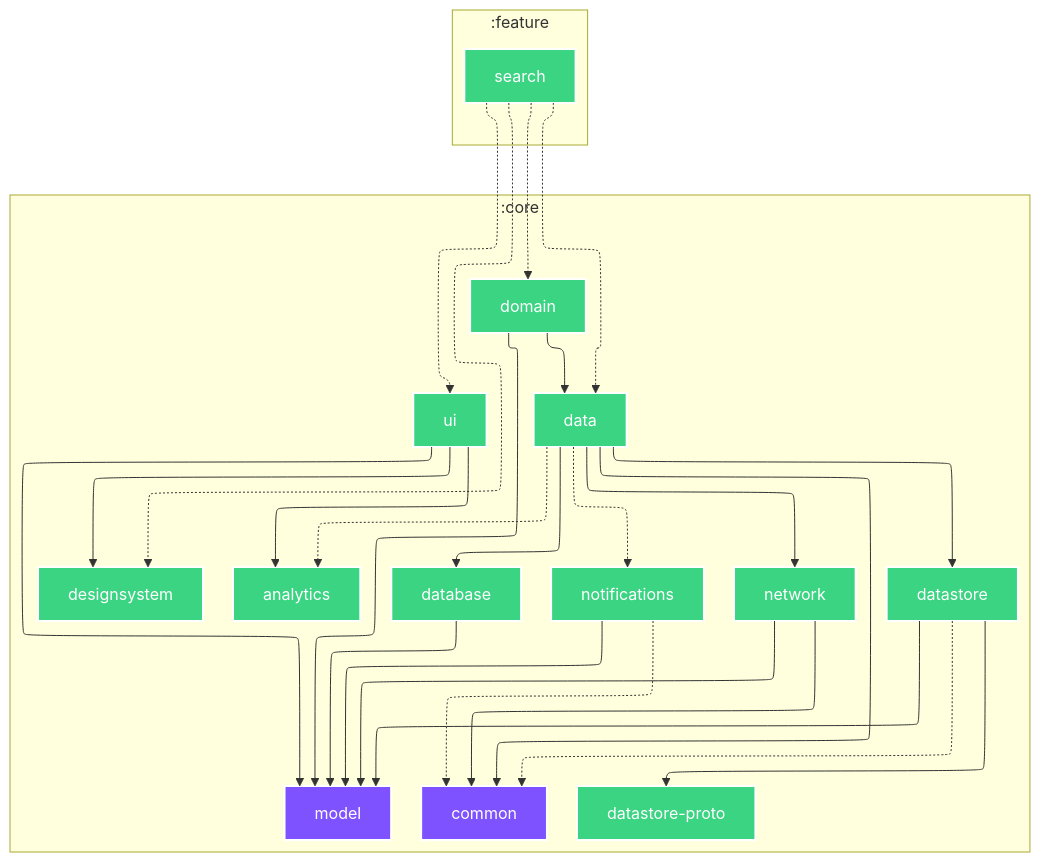
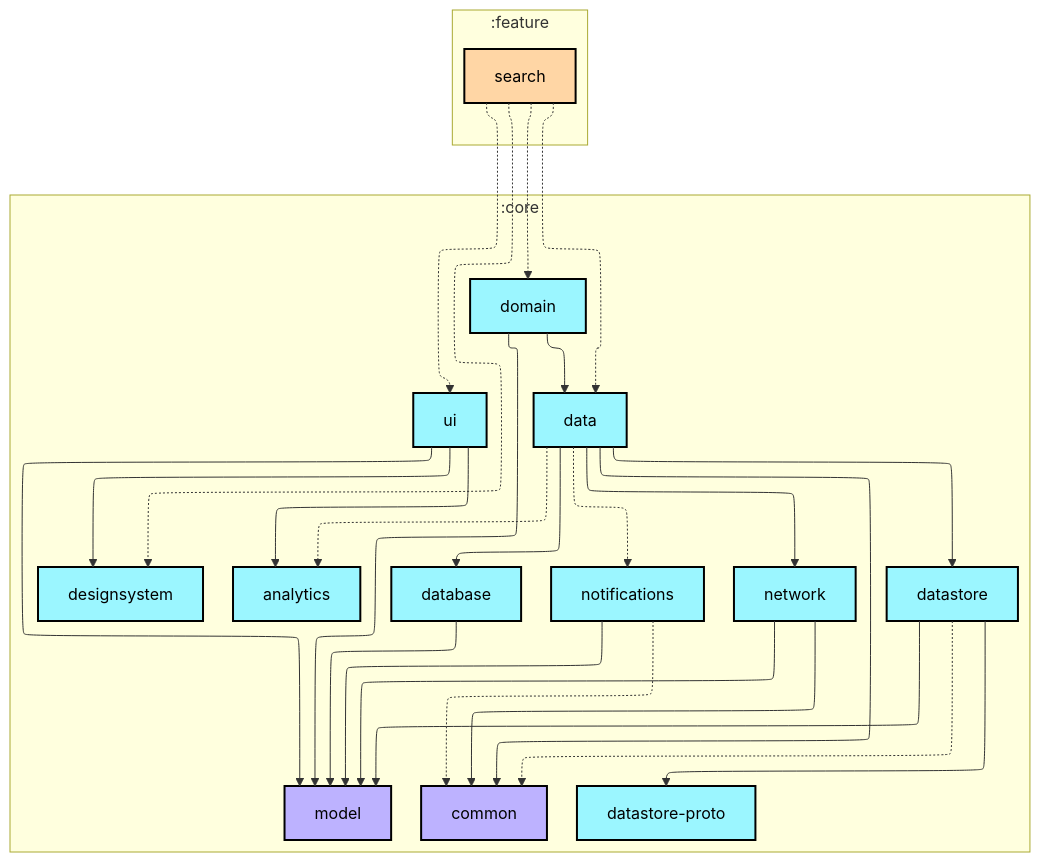
One commit to android/nowinandroid changed the diagram in feature/search/README.md. Above: the diagram before and after it, drawn with Mermaid. The commit also changed other lines of this file and 28 other files, not shown here.

````diff
--- a/feature/search/README.md
+++ b/feature/search/README.md
@@ -4,58 +6,59 @@
 ```mermaid
 ---
 config:
   layout: elk
   elk:
     nodePlacementStrategy: SIMPLE
 ---
 graph TB
   subgraph :core
     direction TB
     :core:analytics[analytics]:::android-library
-    :core:common[common]:::jvm
+    :core:common[common]:::jvm-library
     :core:data[data]:::android-library
     :core:database[database]:::android-library
     :core:datastore[datastore]:::android-library
     :core:datastore-proto[datastore-proto]:::android-library
     :core:designsystem[designsystem]:::android-library
     :core:domain[domain]:::android-library
-    :core:model[model]:::jvm
+    :core:model[model]:::jvm-library
     :core:network[network]:::android-library
     :core:notifications[notifications]:::android-library
     :core:ui[ui]:::android-library
   end
   subgraph :feature
     direction TB
-    :feature:search[search]:::android-library
+    :feature:search[search]:::android-feature
   end
 
   :core:data -.-> :core:analytics
   :core:data ---> :core:common
   :core:data ---> :core:database
   :core:data ---> :core:datastore
   :core:data ---> :core:network
   :core:data -.-> :core:notifications
   :core:database ---> :core:model
   :core:datastore -.-> :core:common
   :core:datastore ---> :core:datastore-proto
   :core:datastore ---> :core:model
   :core:domain ---> :core:data
   :core:domain ---> :core:model
   :core:network ---> :core:common
   :core:network ---> :core:model
   :core:notifications -.-> :core:common
   :core:notifications ---> :core:model
   :core:ui ---> :core:analytics
   :core:ui ---> :core:designsystem
   :core:ui ---> :core:model
   :feature:search -.-> :core:data
   :feature:search -.-> :core:designsystem
   :feature:search -.-> :core:domain
   :feature:search -.-> :core:ui
 
-classDef android-application fill:#7F52FF,stroke:#fff,stroke-width:2px,color:#fff;
-classDef android-library fill:#3BD482,stroke:#fff,stroke-width:2px,color:#fff;
-classDef android-test fill:#3BD482,stroke:#fff,stroke-width:2px,color:#fff;
-classDef jvm fill:#7F52FF,stroke:#fff,stroke-width:2px,color:#fff;
-classDef unknown fill:#FF0000,stroke:#fff,stroke-width:2px,color:#fff;
+classDef android-application fill:#CAFFBF,stroke:#000,stroke-width:2px,color:#000;
+classDef android-feature fill:#FFD6A5,stroke:#000,stroke-width:2px,color:#000;
+classDef android-library fill:#9BF6FF,stroke:#000,stroke-width:2px,color:#000;
+classDef android-test fill:#A0C4FF,stroke:#000,stroke-width:2px,color:#000;
+classDef jvm-library fill:#BDB2FF,stroke:#000,stroke-width:2px,color:#000;
+classDef unknown fill:#FFADAD,stroke:#000,stroke-width:2px,color:#000;
 ```
````
